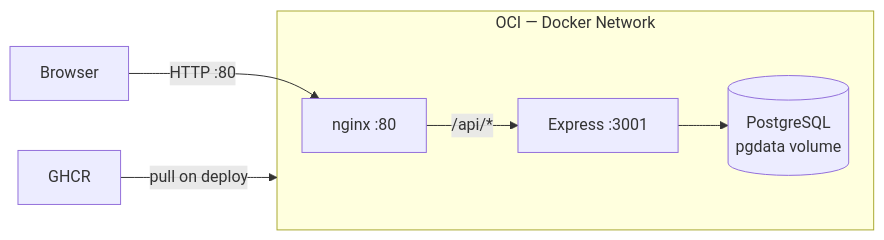
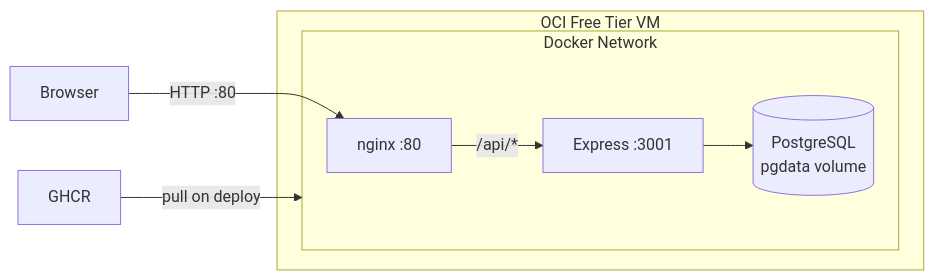
The third of 3 diagrams in readme.md (Ashish-j-shetty/full-stack-ecommerce), drawn with Mermaid before and after one commit. The commit also changed other lines of this file, not shown here.

````diff
--- a/readme.md
+++ b/readme.md
@@ -36,9 +47,11 @@
 ```mermaid
 graph LR
-  Browser -->|HTTP :80| Nginx["nginx :80"]
-  subgraph OCI["OCI — Docker Network"]
-    Nginx -->|/api/*| Express["Express :3001"]
-    Express --> PG[("PostgreSQL\npgdata volume")]
+  Browser -->|HTTP :80| Nginx
+  subgraph OCI["OCI Free Tier VM"]
+    subgraph Docker["Docker Network"]
+      Nginx["nginx :80"] -->|/api/*| Express["Express :3001"]
+      Express --> PG[("PostgreSQL\npgdata volume")]
+    end
   end
-  GHCR["GHCR"] -->|pull on deploy| OCI
+  GHCR["GHCR"] -->|pull on deploy| Docker
 ```
````
